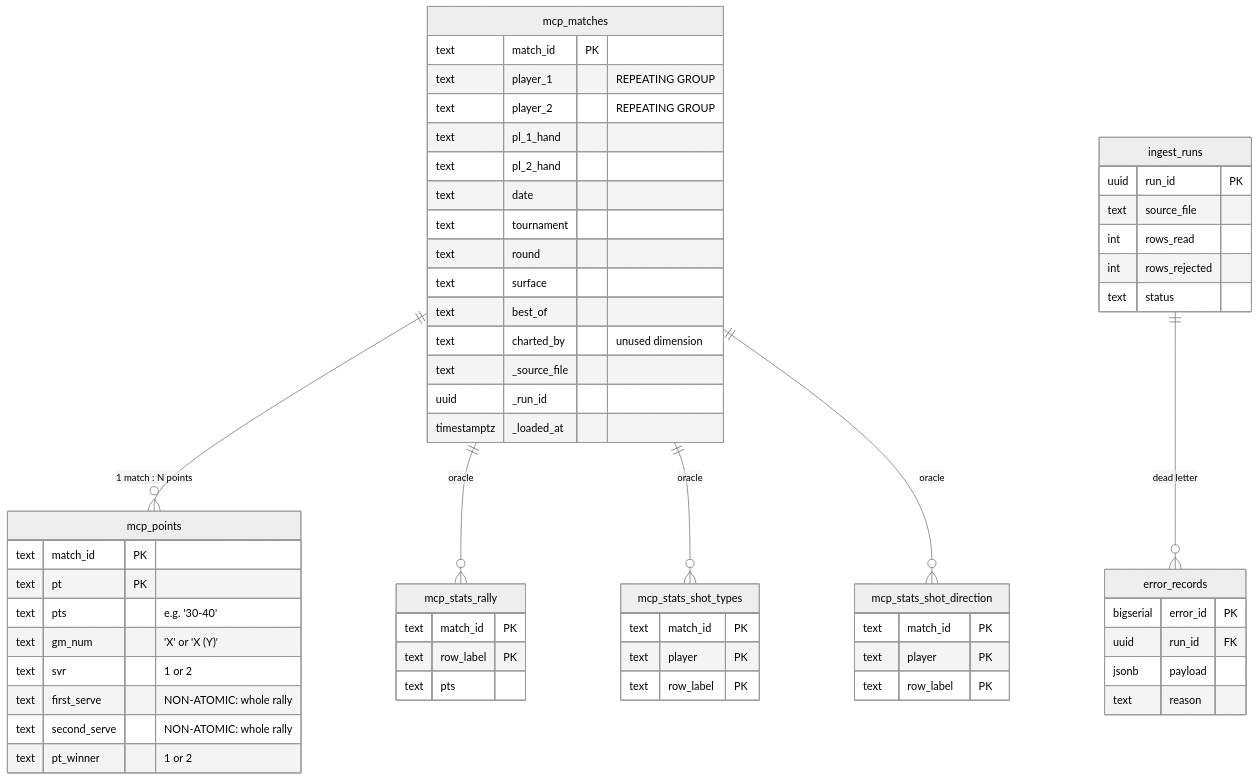
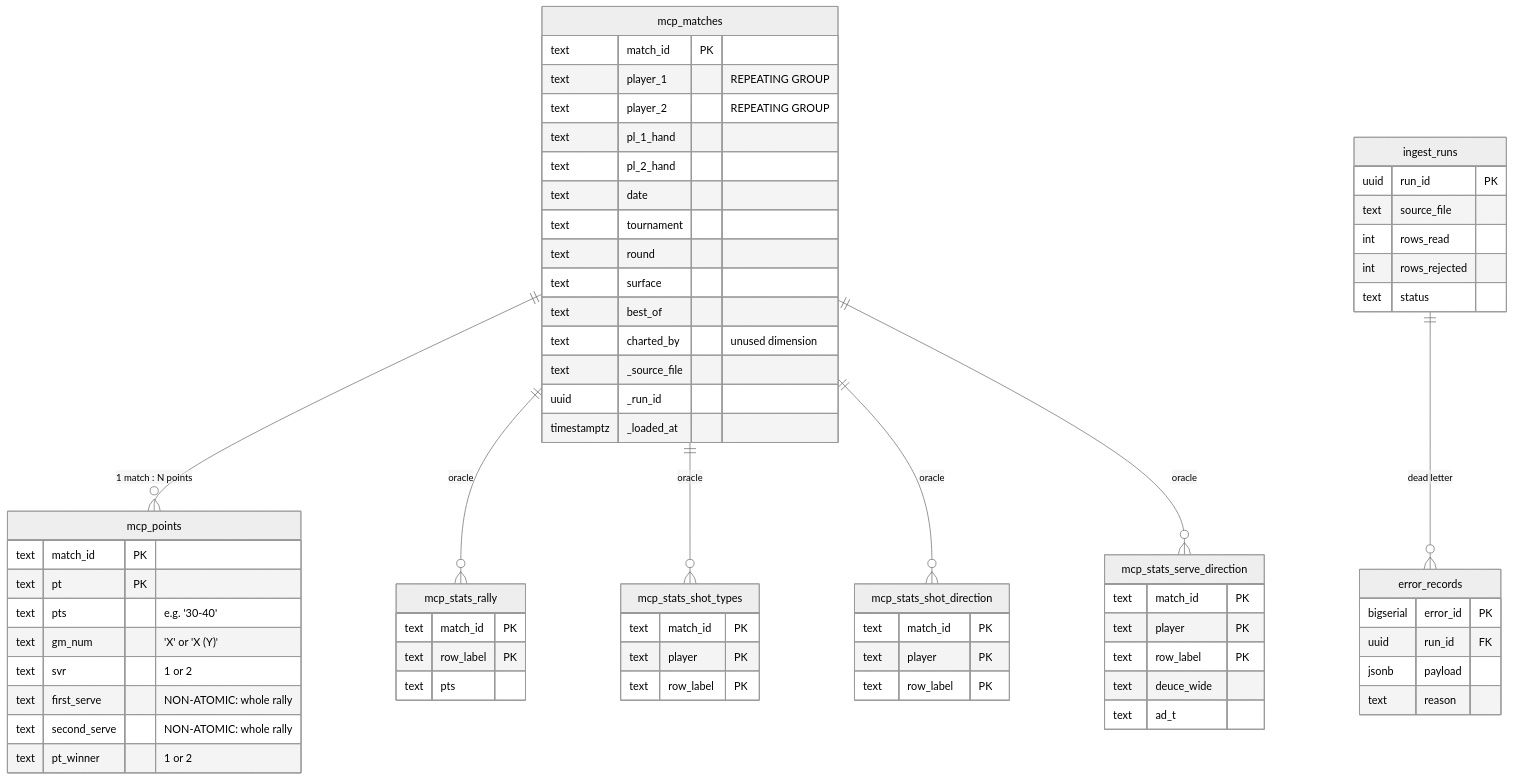
Before and after one commit to kylezehaoqin/deuce: the second of 3 diagrams in docs/schema.md, drawn with Mermaid (neutral theme). The commit also changed other lines of this file, not shown here.

First line of the commit message:
Bring the ER diagrams up to date

````diff
--- a/docs/schema.md
+++ b/docs/schema.md
@@ -144,62 +144,70 @@
 ```mermaid
 erDiagram
   mcp_matches {
     text match_id PK
     text player_1 "REPEATING GROUP"
     text player_2 "REPEATING GROUP"
     text pl_1_hand
     text pl_2_hand
     text date
     text tournament
     text round
     text surface
     text best_of
     text charted_by "unused dimension"
     text _source_file
     uuid _run_id
     timestamptz _loaded_at
   }
   mcp_points {
     text match_id PK
     text pt PK
     text pts "e.g. '30-40'"
     text gm_num "'X' or 'X (Y)'"
     text svr "1 or 2"
     text first_serve "NON-ATOMIC: whole rally"
     text second_serve "NON-ATOMIC: whole rally"
     text pt_winner "1 or 2"
   }
   mcp_stats_rally {
     text match_id PK
     text row_label PK
     text pts
   }
   mcp_stats_shot_types {
     text match_id PK
     text player PK
     text row_label PK
   }
   mcp_stats_shot_direction {
     text match_id PK
     text player PK
     text row_label PK
   }
+  mcp_stats_serve_direction {
+    text match_id PK
+    text player PK
+    text row_label PK
+    text deuce_wide
+    text ad_t
+  }
   ingest_runs {
     uuid run_id PK
     text source_file
     int rows_read
     int rows_rejected
     text status
   }
   error_records {
     bigserial error_id PK
     uuid run_id FK
     jsonb payload
     text reason
   }
   mcp_matches ||--o{ mcp_points : "1 match : N points"
   mcp_matches ||--o{ mcp_stats_rally : oracle
   mcp_matches ||--o{ mcp_stats_shot_types : oracle
   mcp_matches ||--o{ mcp_stats_shot_direction : oracle
+  mcp_matches ||--o{ mcp_stats_serve_direction : oracle
   ingest_runs ||--o{ error_records : "dead letter"
 ```
````
